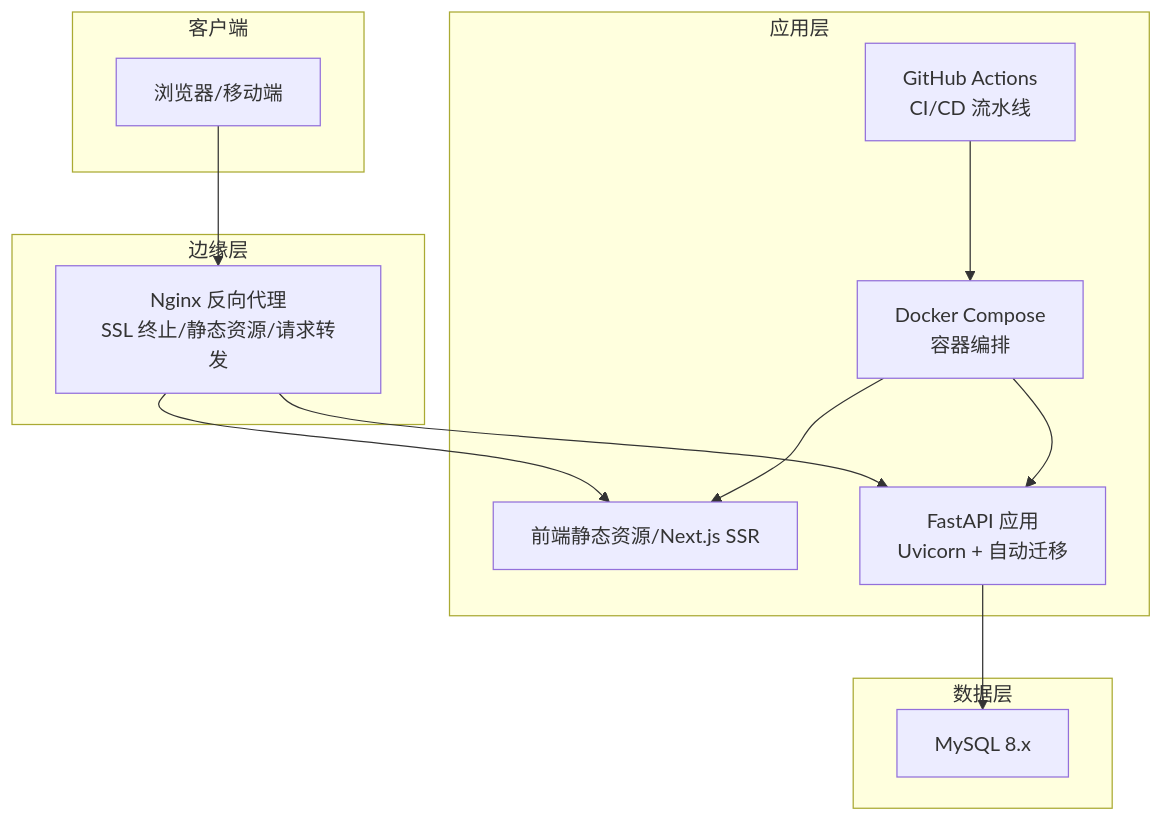
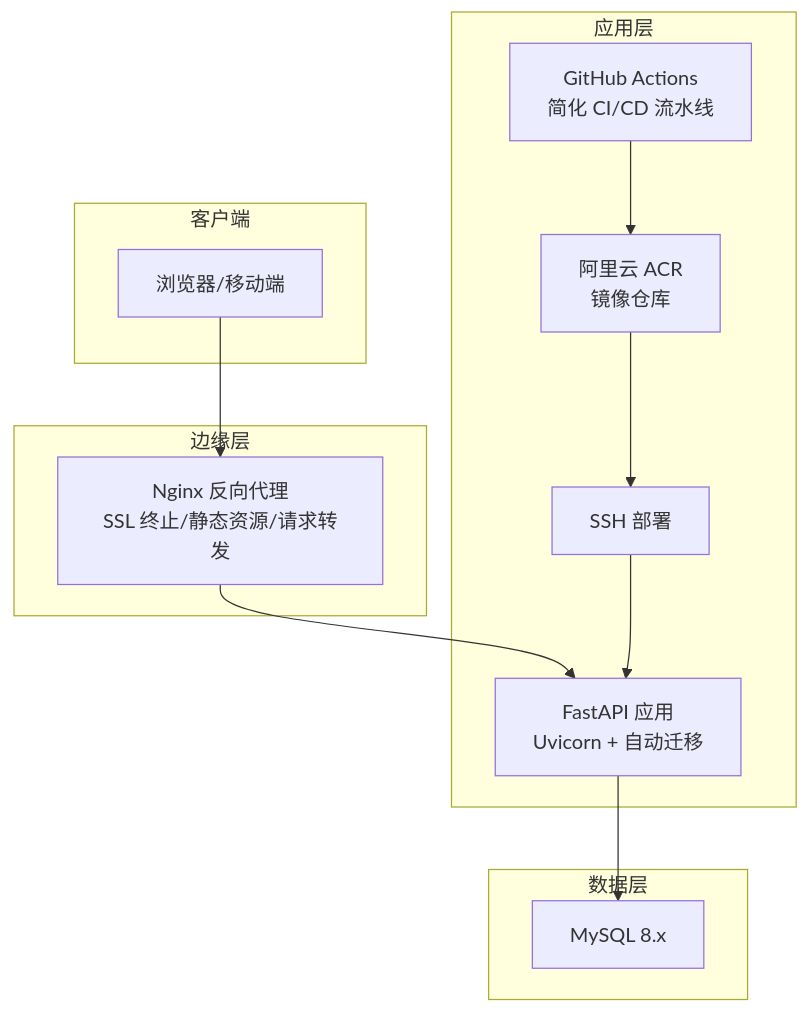
Before and after one commit to gujialind/InvestRing: the second of 4 diagrams in .qoder/repowiki/zh/content/开发指南/部署指南/部署指南.md, drawn with Mermaid. The commit also changed other lines of this file and 8 other files, not shown here.

````diff
--- a/.qoder/repowiki/zh/content/开发指南/部署指南/部署指南.md
+++ b/.qoder/repowiki/zh/content/开发指南/部署指南/部署指南.md
@@ -112,25 +81,24 @@
 ```mermaid
 graph TB
 subgraph "客户端"
 Browser["浏览器/移动端"]
 end
 subgraph "边缘层"
 Nginx["Nginx 反向代理<br/>SSL 终止/静态资源/请求转发"]
 end
 subgraph "应用层"
-Frontend["前端静态资源/Next.js SSR"]
 Backend["FastAPI 应用<br/>Uvicorn + 自动迁移"]
-DockerCompose["Docker Compose<br/>容器编排"]
-GitHubActions["GitHub Actions<br/>CI/CD 流水线"]
+ACR["阿里云 ACR<br/>镜像仓库"]
+SSH["SSH 部署"]
+GitHubActions["GitHub Actions<br/>简化 CI/CD 流水线"]
 end
 subgraph "数据层"
 MySQL["MySQL 8.x"]
 end
 Browser --> Nginx
-Nginx --> Frontend
 Nginx --> Backend
 Backend --> MySQL
-DockerCompose --> Frontend
-DockerCompose --> Backend
-GitHubActions --> DockerCompose
+GitHubActions --> ACR
+ACR --> SSH
+SSH --> Backend
 ```
````
